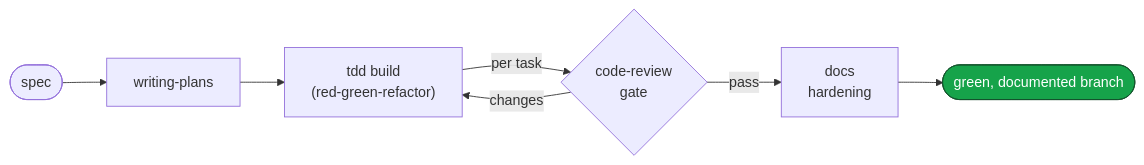
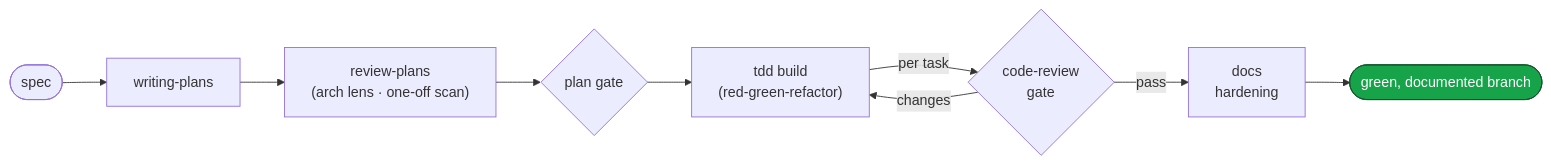
The sixth of 6 diagrams in README.md (dashworthy/engineering), drawn with Mermaid before and after one commit. The commit also changed other lines of this file and 7 other files, not shown here.

First line of the commit message:
feat(engineering): add plan review phase, code sketches, and todo tracking

````diff
--- a/README.md
+++ b/README.md
@@ -146,11 +148,13 @@
 ```mermaid
 flowchart LR
     classDef done fill:#16a34a,stroke:#14532d,color:#fff
 
     SPEC(["spec"]) --> P["writing-plans"]
-    P --> B["tdd build<br/>(red-green-refactor)"]
+    P --> RV["review-plans<br/>(arch lens · one-off scan)"]
+    RV --> PG{"plan gate"}
+    PG --> B["tdd build<br/>(red-green-refactor)"]
     B -->|"per task"| R{"code-review<br/>gate"}
     R -->|"changes"| B
     R -->|"pass"| DOC["docs<br/>hardening"]
     DOC --> DONE(["green, documented branch"]):::done
 ```
````
